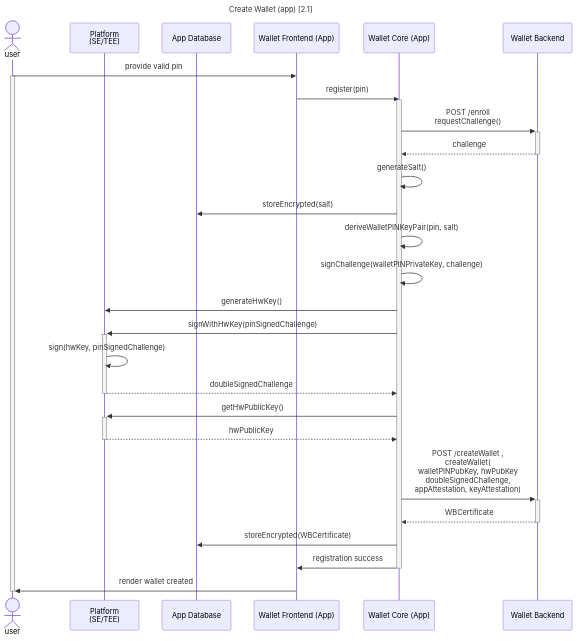
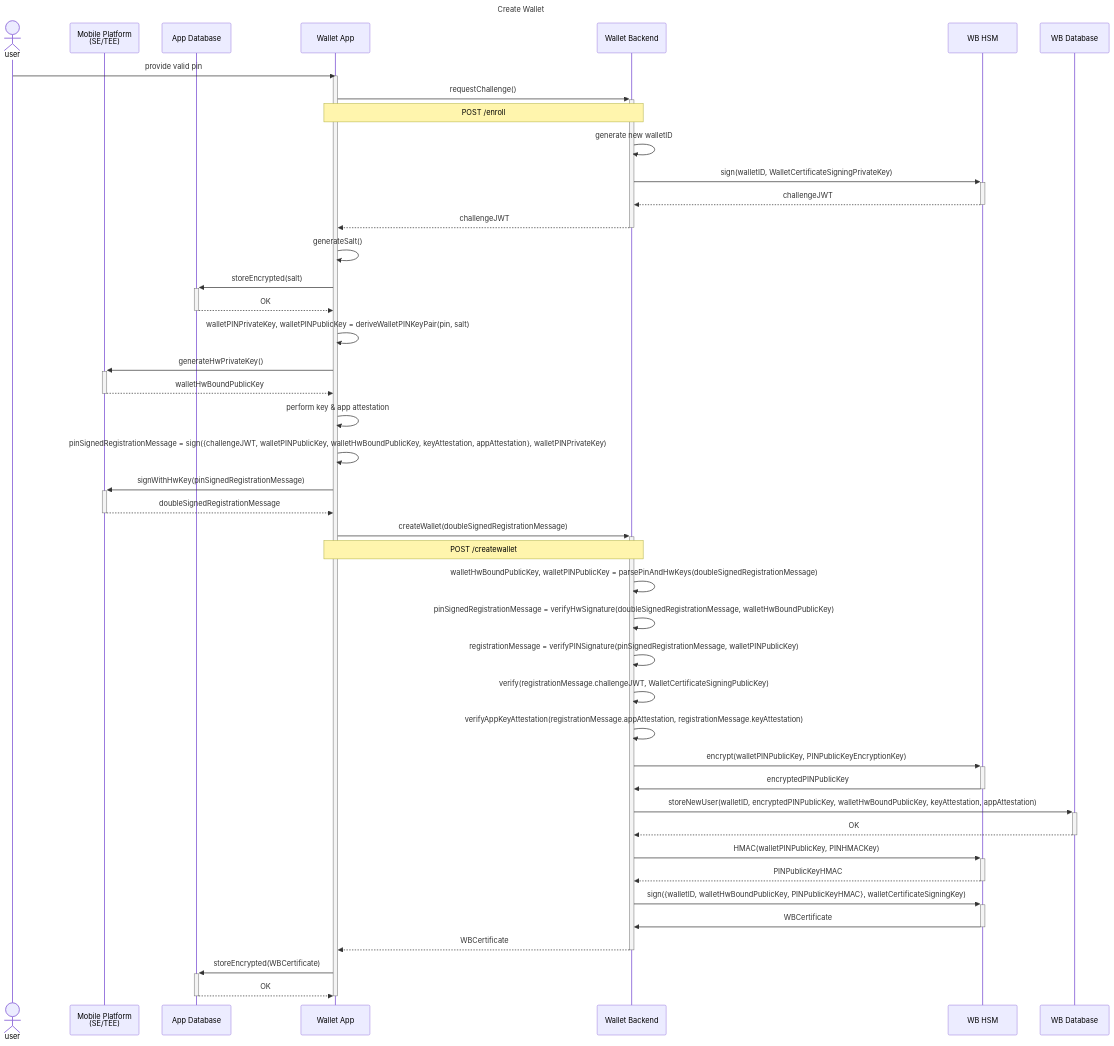
Before and after one commit to MinBZK/nl-wallet: the diagram in wallet_docs/architecture/use-cases/wallet-creation.md, drawn with Mermaid. The commit also changed other lines of this file and 3 other files, not shown here.

Commit message:
Update sequence diagrams

````diff
--- a/wallet_docs/architecture/use-cases/wallet-creation.md
+++ b/wallet_docs/architecture/use-cases/wallet-creation.md
@@ -7,34 +7,54 @@
 ```{mermaid}
 sequenceDiagram
     actor user
-    participant platform as Platform<br/> (SE/TEE)
+    participant platform as Mobile Platform<br/> (SE/TEE)
     participant db as App Database
-    participant wallet_app as Wallet Frontend (App)
-    participant wallet_core as Wallet Core (App)
+    participant wallet_core as Wallet App
     participant wallet_provider as Wallet Backend
-    title Create Wallet (app) [2.1]
+    participant hsm as WB HSM
+    participant wp_db as WB Database
+    title Create Wallet
 
-    user->>wallet_app: provide valid pin
-    activate user
-        wallet_app->>wallet_core: register(pin)
-        activate wallet_core
-        wallet_core->>+wallet_provider: POST /enroll<br/> requestChallenge()
-        wallet_provider-->>-wallet_core: challenge
+    user->>wallet_core: provide valid pin
+    
+    activate wallet_core
+        wallet_core->>+wallet_provider: requestChallenge()
+        
+        note over wallet_core,wallet_provider: POST /enroll
+        wallet_provider->>wallet_provider: generate new walletID
+        wallet_provider ->>+ hsm: sign(walletID, WalletCertificateSigningPrivateKey)
+        hsm -->>- wallet_provider: challengeJWT
+        wallet_provider-->>-wallet_core: challengeJWT
+        
         wallet_core->>wallet_core: generateSalt()
-        wallet_core->>db: storeEncrypted(salt)
-        wallet_core->>wallet_core: deriveWalletPINKeyPair(pin, salt)
-        wallet_core->>wallet_core: signChallenge(walletPINPrivateKey, challenge)
-        wallet_core->>platform: generateHwKey()
-        wallet_core->>+platform: signWithHwKey(pinSignedChallenge)
-        platform->>platform: sign(hwKey, pinSignedChallenge)
-        platform-->>-wallet_core: doubleSignedChallenge
-        wallet_core->>+platform: getHwPublicKey()
-        platform-->>-wallet_core: hwPublicKey
-        wallet_core->>+wallet_provider: POST /createWallet ,<br/>createWallet(<br/>walletPINPubKey, hwPubKey<br/>doubleSignedChallenge,<br/> appAttestation, keyAttestation)
+        wallet_core->>+db: storeEncrypted(salt)
+        db-->>-wallet_core: OK
+        wallet_core->>wallet_core: walletPINPrivateKey, walletPINPublicKey = deriveWalletPINKeyPair(pin, salt)
+        wallet_core->>+platform: generateHwPrivateKey()
+        platform-->>-wallet_core: walletHwBoundPublicKey
+        wallet_core->>wallet_core: perform key & app attestation
+        wallet_core->>wallet_core: pinSignedRegistrationMessage = sign({challengeJWT, walletPINPublicKey, walletHwBoundPublicKey, keyAttestation, appAttestation}, walletPINPrivateKey)
+        wallet_core->>+platform: signWithHwKey(pinSignedRegistrationMessage)
+        platform-->>-wallet_core: doubleSignedRegistrationMessage
+        
+        wallet_core->>+wallet_provider: createWallet(doubleSignedRegistrationMessage)
+        note over wallet_core,wallet_provider: POST /createwallet
+        wallet_provider->>wallet_provider: walletHwBoundPublicKey, walletPINPublicKey = parsePinAndHwKeys(doubleSignedRegistrationMessage)
+        wallet_provider->>wallet_provider: pinSignedRegistrationMessage = verifyHwSignature(doubleSignedRegistrationMessage, walletHwBoundPublicKey)
+        wallet_provider->>wallet_provider: registrationMessage = verifyPINSignature(pinSignedRegistrationMessage, walletPINPublicKey)
+        wallet_provider->>wallet_provider: verify(registrationMessage.challengeJWT, WalletCertificateSigningPublicKey)
+        wallet_provider->>wallet_provider: verifyAppKeyAttestation(registrationMessage.appAttestation, registrationMessage.keyAttestation)
+        wallet_provider->>+hsm: encrypt(walletPINPublicKey, PINPublicKeyEncryptionKey)
+        hsm->>-wallet_provider: encryptedPINPublicKey
+        wallet_provider->>+wp_db: storeNewUser(walletID, encryptedPINPublicKey, walletHwBoundPublicKey, keyAttestation, appAttestation)
+        wp_db-->>-wallet_provider: OK
+        wallet_provider->>+hsm: HMAC(walletPINPublicKey, PINHMACKey)
+        hsm-->>-wallet_provider: PINPublicKeyHMAC
+        wallet_provider->>+ hsm: sign({walletID, walletHwBoundPublicKey, PINPublicKeyHMAC}, walletCertificateSigningKey)
+        hsm ->>- wallet_provider: WBCertificate
         wallet_provider-->>-wallet_core: WBCertificate
-        wallet_core->>db: storeEncrypted(WBCertificate)
-        wallet_core->>wallet_app: registration success
-        deactivate wallet_core
-        wallet_app->>user: render wallet created
-    deactivate user
+        
+        wallet_core->>+db: storeEncrypted(WBCertificate)
+        db-->>-wallet_core: OK
+    deactivate wallet_core
 ```
````
